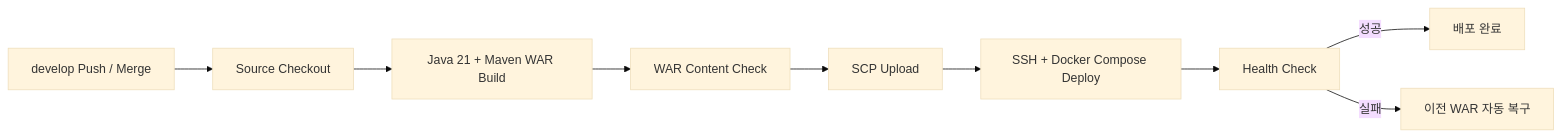
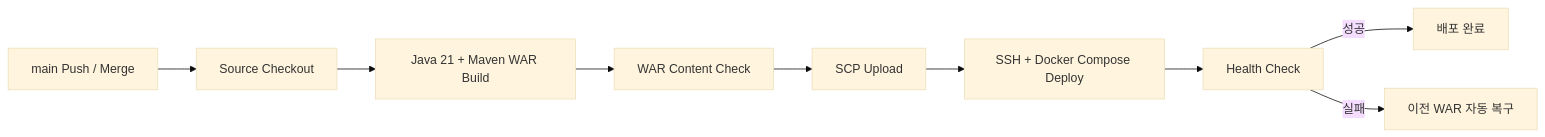
One commit to dy8327/oditji changed the second of 2 diagrams in README.md. Above: the diagram before and after it, drawn with Mermaid (base theme). The commit also changed other lines of this file, not shown here.

Commit message:
Update README for main branch deployment details

````diff
--- a/README.md
+++ b/README.md
@@ -352,16 +352,16 @@
 ```mermaid
 flowchart LR
-    PUSH[develop Push / Merge]
+    PUSH[main Push / Merge]
     CHECKOUT[Source Checkout]
     BUILD[Java 21 + Maven WAR Build]
     VERIFY[WAR Content Check]
     UPLOAD[SCP Upload]
     DEPLOY[SSH + Docker Compose Deploy]
     HEALTH[Health Check]
     DONE[배포 완료]
     ROLLBACK[이전 WAR 자동 복구]
 
     PUSH --> CHECKOUT --> BUILD --> VERIFY --> UPLOAD --> DEPLOY --> HEALTH
     HEALTH -->|성공| DONE
     HEALTH -->|실패| ROLLBACK
 ```
````
